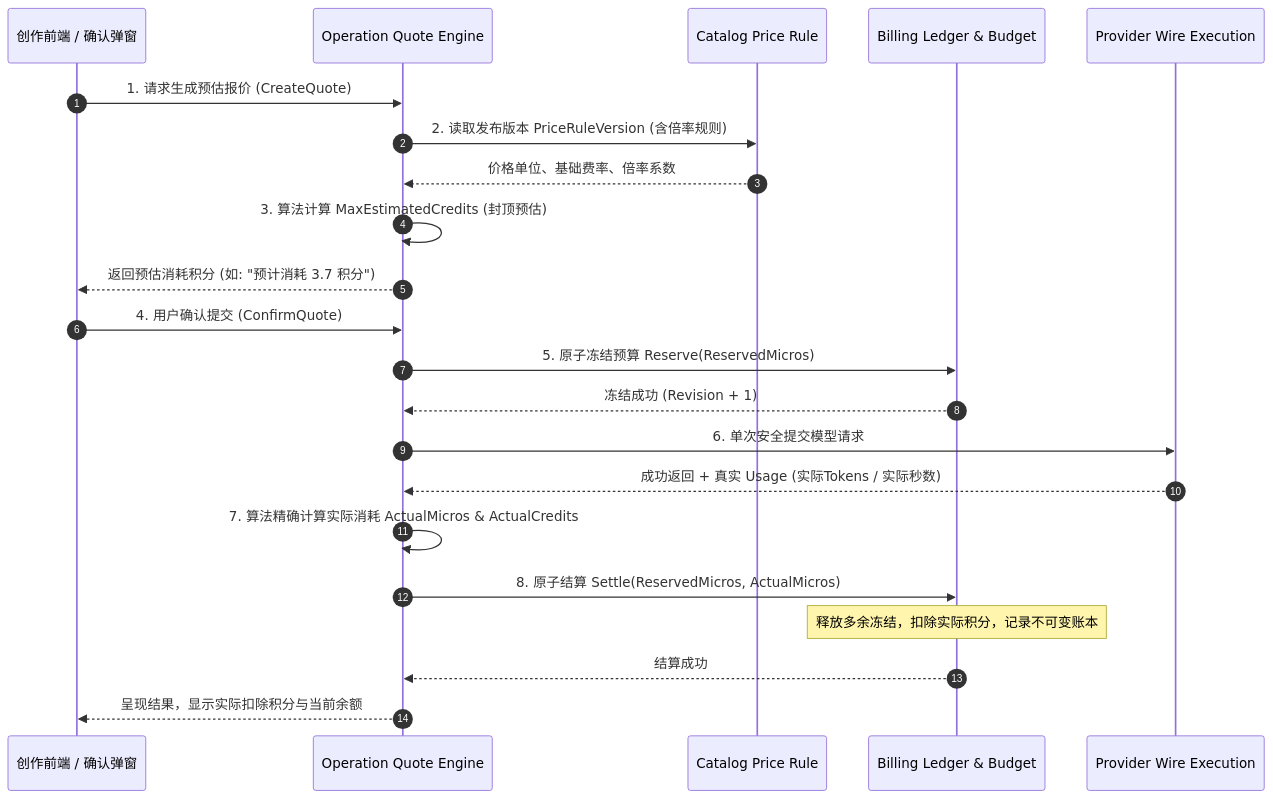
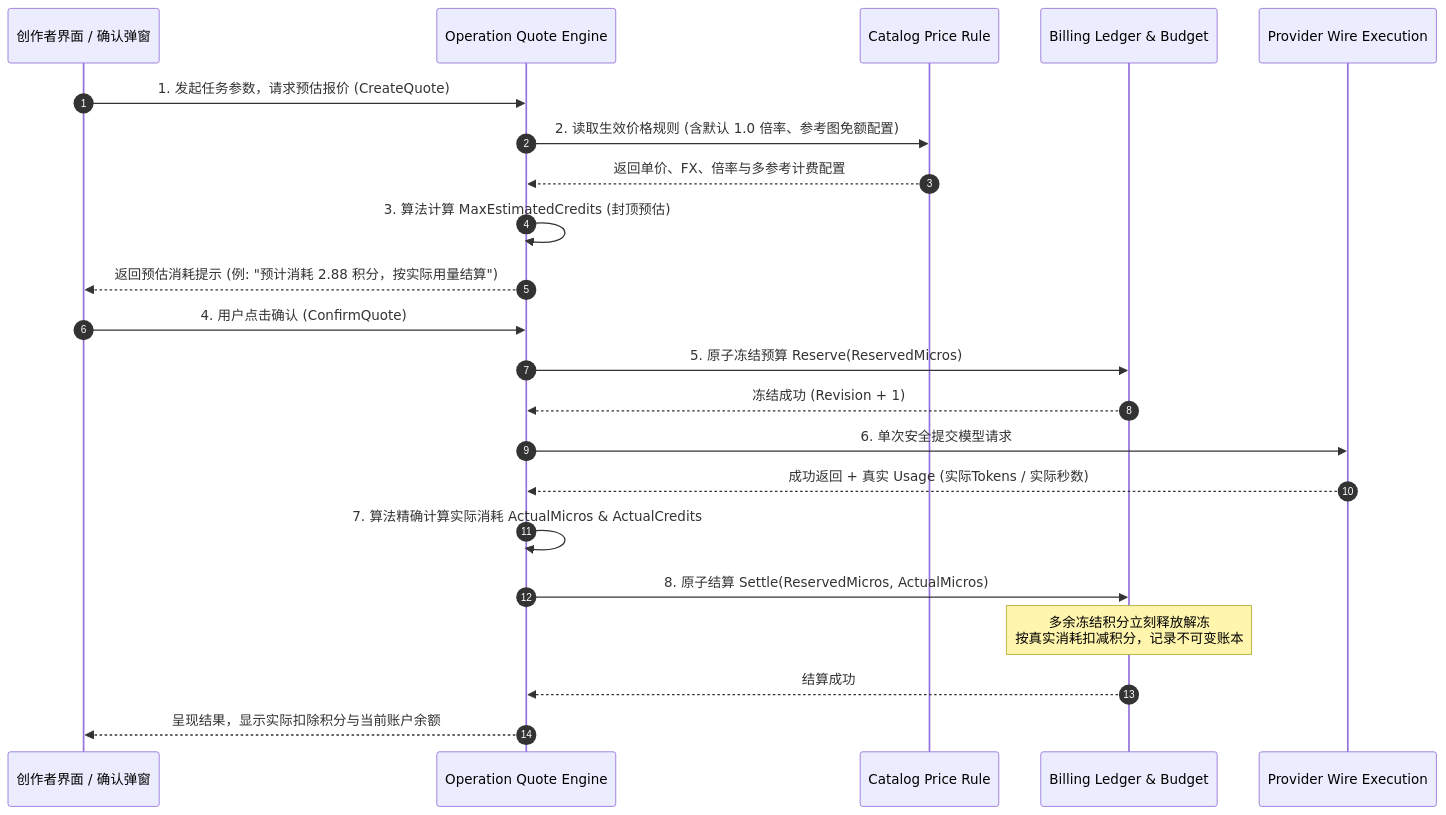
Before and after one commit to StephenQiu30/glowloom: the second of 2 diagrams in docs/design/34-积分消耗系统与模型真实计价体系设计.md, drawn with Mermaid. The commit also changed other lines of this file, not shown here.

````diff
--- a/docs/design/34-积分消耗系统与模型真实计价体系设计.md
+++ b/docs/design/34-积分消耗系统与模型真实计价体系设计.md
@@ -152,28 +187,28 @@
 ```mermaid
 sequenceDiagram
     autonumber
-    participant UI as 创作前端 / 确认弹窗
+    participant UI as 创作者界面 / 确认弹窗
     participant Op as Operation Quote Engine
     participant Cat as Catalog Price Rule
     participant Bill as Billing Ledger & Budget
     participant Prov as Provider Wire Execution
 
-    UI->>Op: 1. 请求生成预估报价 (CreateQuote)
-    Op->>Cat: 2. 读取发布版本 PriceRuleVersion (含倍率规则)
-    Cat-->>Op: 价格单位、基础费率、倍率系数
+    UI->>Op: 1. 发起任务参数，请求预估报价 (CreateQuote)
+    Op->>Cat: 2. 读取生效价格规则 (含默认 1.0 倍率、参考图免额配置)
+    Cat-->>Op: 返回单价、FX、倍率与多参考计费配置
     Op->>Op: 3. 算法计算 MaxEstimatedCredits (封顶预估)
-    Op-->>UI: 返回预估消耗积分 (如: "预计消耗 3.7 积分")
-
-    UI->>Op: 4. 用户确认提交 (ConfirmQuote)
+    Op-->>UI: 返回预估消耗提示 (例: "预计消耗 2.88 积分，按实际用量结算")
+    
+    UI->>Op: 4. 用户点击确认 (ConfirmQuote)
     Op->>Bill: 5. 原子冻结预算 Reserve(ReservedMicros)
     Bill-->>Op: 冻结成功 (Revision + 1)
-
+    
     Op->>Prov: 6. 单次安全提交模型请求
     Prov-->>Op: 成功返回 + 真实 Usage (实际Tokens / 实际秒数)
-
+    
     Op->>Op: 7. 算法精确计算实际消耗 ActualMicros & ActualCredits
     Op->>Bill: 8. 原子结算 Settle(ReservedMicros, ActualMicros)
-    Note over Bill: 释放多余冻结，扣除实际积分，记录不可变账本
+    Note over Bill: 多余冻结积分立刻释放解冻<br/>按真实消耗扣减积分，记录不可变账本
     Bill-->>Op: 结算成功
-    Op-->>UI: 呈现结果，显示实际扣除积分与当前余额
+    Op-->>UI: 呈现结果，显示实际扣除积分与当前账户余额
 ```
````
